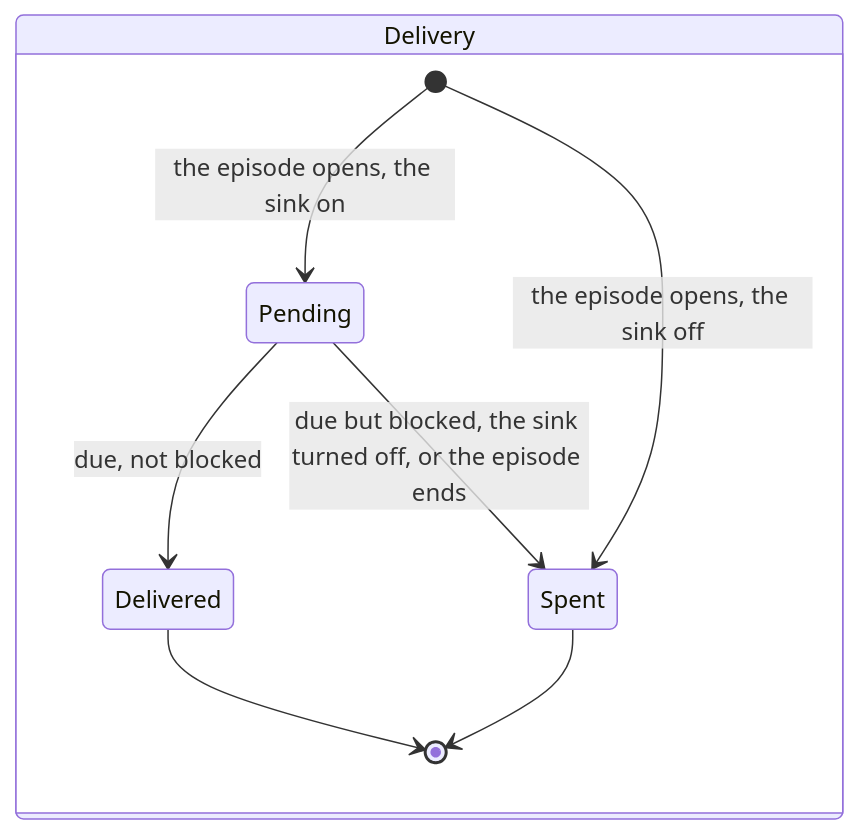
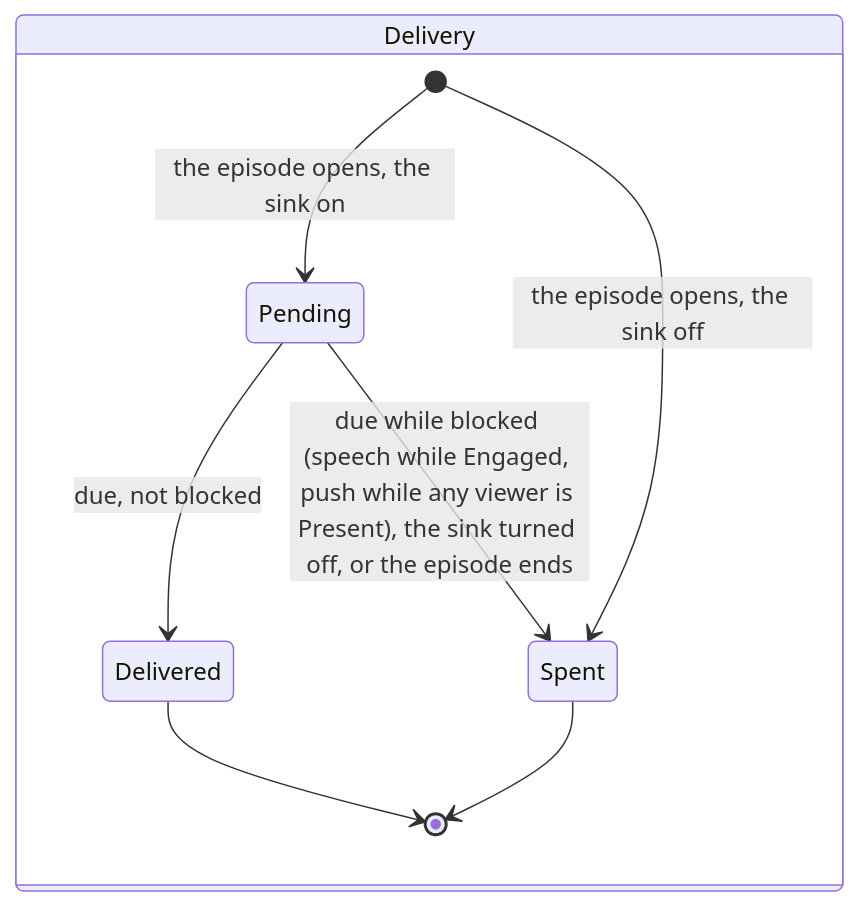
One commit to diffplug/dormouse changed diagram 13 of 16 in docs/specs/alert.md. Above: the diagram before and after it, drawn with Mermaid. The commit also changed other lines of this file and 3 other files, not shown here.

````diff
--- a/docs/specs/alert.md
+++ b/docs/specs/alert.md
@@ -246,11 +289,11 @@
 ```mermaid
 stateDiagram-v2
   state "Delivery" as Delivery {
     [*] --> Pending: the episode opens, the sink on
     [*] --> Spent: the episode opens, the sink off
     Pending --> Delivered: due, not blocked
-    Pending --> Spent: due but blocked, the sink turned off, or the episode ends
+    Pending --> Spent: due while blocked (speech while Engaged, push while any viewer is Present), the sink turned off, or the episode ends
     Delivered --> [*]
     Spent --> [*]
   }
 ```
````
